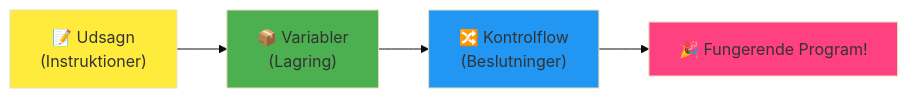
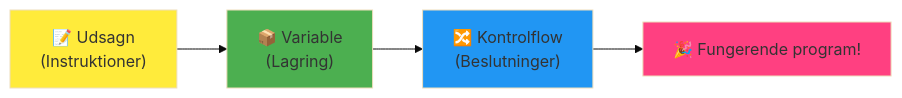
One commit to microsoft/Web-Dev-For-Beginners changed the fourth of 7 diagrams in translations/da/1-getting-started-lessons/1-intro-to-programming-languages/README.md. Above: the diagram before and after it, drawn with Mermaid (base theme). The commit also changed other lines of this file and 11 other files, not shown here.

````diff
--- a/translations/da/1-getting-started-lessons/1-intro-to-programming-languages/README.md
+++ b/translations/da/1-getting-started-lessons/1-intro-to-programming-languages/README.md
@@ -467,9 +467,9 @@
 ```mermaid
 flowchart LR
-    A["📝 Udsagn<br/>(Instruktioner)"] --> B["📦 Variabler<br/>(Lagring)"] --> C["🔀 Kontrolflow<br/>(Beslutninger)"] --> D["🎉 Fungerende Program!"]
+    A["📝 Udsagn<br/>(Instruktioner)"] --> B["📦 Variable<br/>(Lagring)"] --> C["🔀 Kontrolflow<br/>(Beslutninger)"] --> D["🎉 Fungerende program!"]
     
     style A fill:#ffeb3b
     style B fill:#4caf50
     style C fill:#2196f3
     style D fill:#ff4081
 ```
````
